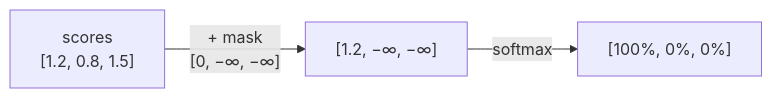
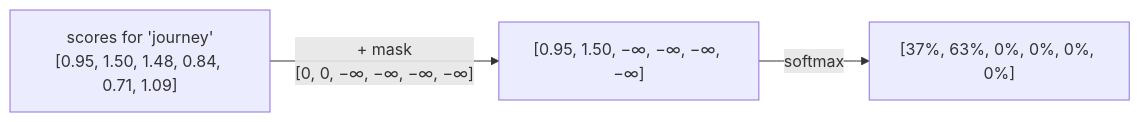
Before and after one commit to Ranjeet0611/tinygpt: diagram 11 of 17 in docs/04-attention.md, drawn with Mermaid. The commit also changed other lines of this file and 9 other files, not shown here.

````diff
--- a/docs/04-attention.md
+++ b/docs/04-attention.md
@@ -106,5 +222,5 @@
 ```mermaid
 flowchart LR
-    A["scores<br/>[1.2, 0.8, 1.5]"] -->|"+ mask<br/>[0, −∞, −∞]"| B["[1.2, −∞, −∞]"]
-    B -->|"softmax"| C["[100%, 0%, 0%]"]
+    S["scores for 'journey'<br/>[0.95, 1.50, 1.48, 0.84, 0.71, 1.09]"] -->|"+ mask<br/>[0, 0, −∞, −∞, −∞, −∞]"| M["[0.95, 1.50, −∞, −∞, −∞, −∞]"]
+    M -->|"softmax"| W["[37%, 63%, 0%, 0%, 0%, 0%]"]
 ```
````
